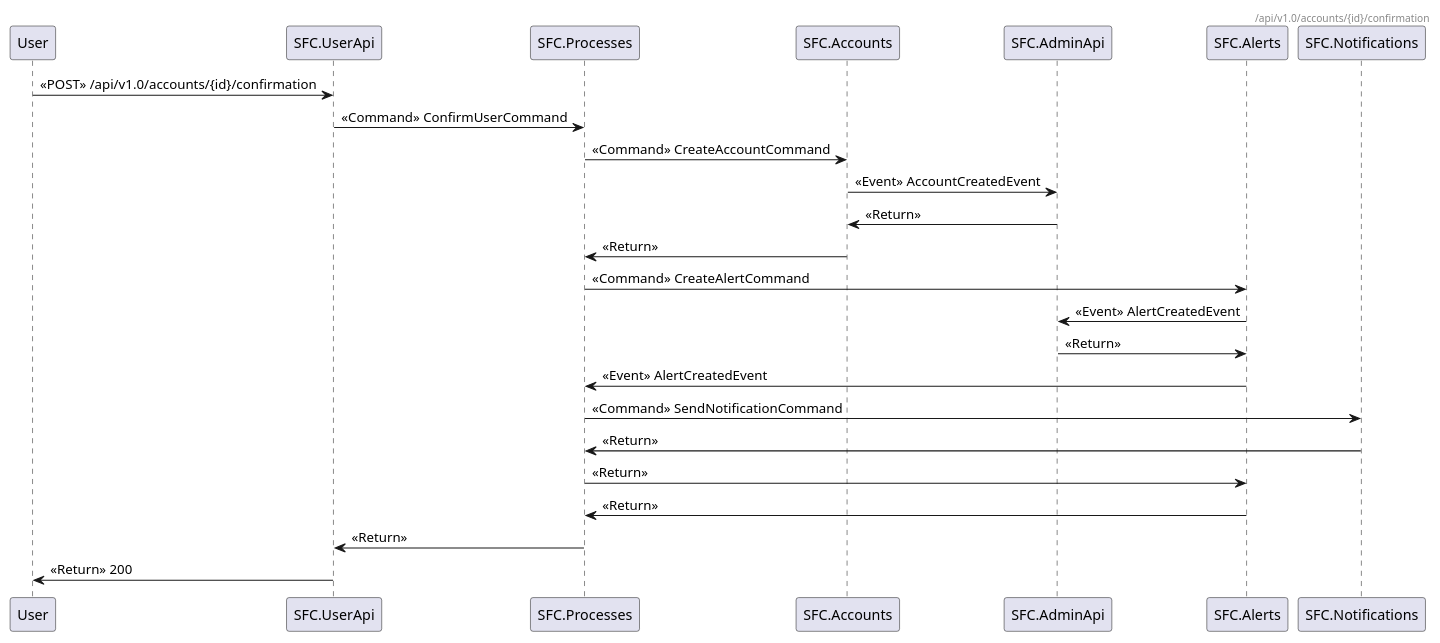
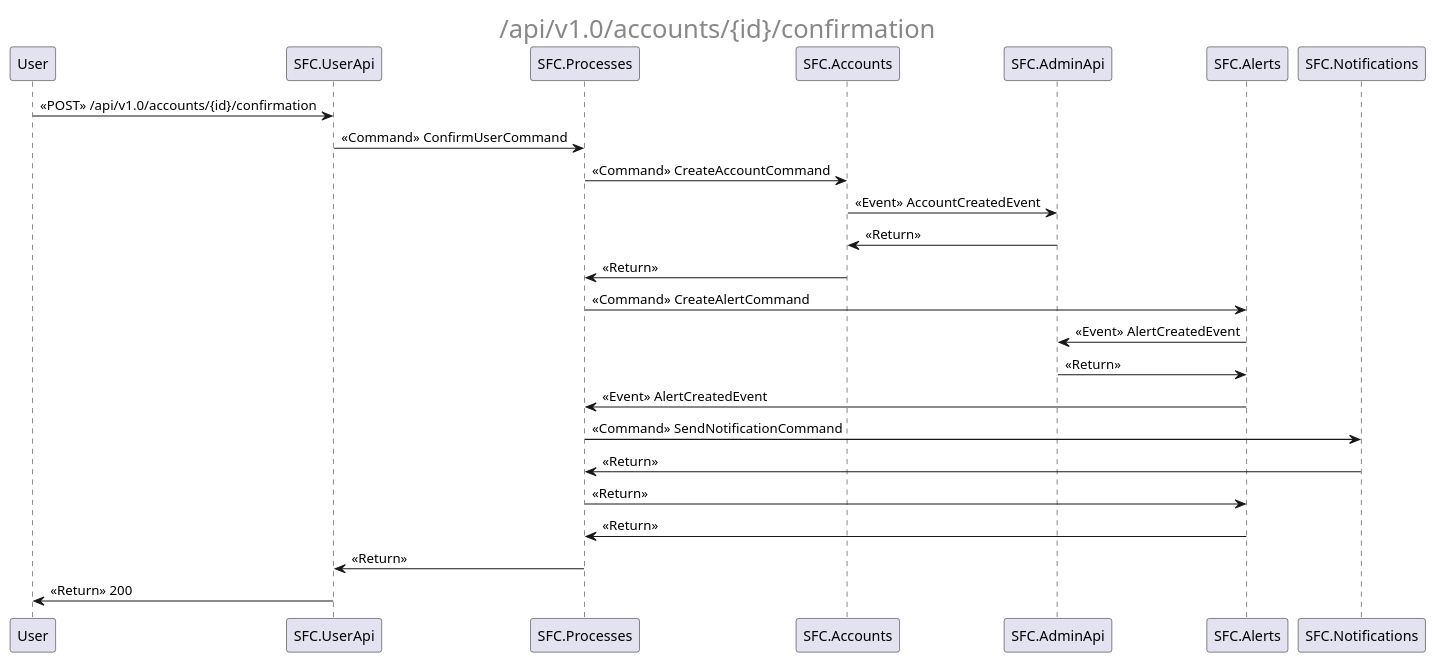
One commit to mr0zek/SmogFightClub changed the diagram in docs/ArchitectureDocumentation/_api_v1.0_accounts_{id}_confirmation.puml. Above: the diagram before and after it, drawn with PlantUML. The commit also changed 9 other files, not shown here.

```diff
--- a/docs/ArchitectureDocumentation/_api_v1.0_accounts_{id}_confirmation.puml
+++ b/docs/ArchitectureDocumentation/_api_v1.0_accounts_{id}_confirmation.puml
@@ -1,19 +1,19 @@
 @startuml
-header /api/v1.0/accounts/{id}/confirmation
+center header <font size=25>/api/v1.0/accounts/{id}/confirmation</font>
 User -> SFC.UserApi : <<POST>> /api/v1.0/accounts/{id}/confirmation
 SFC.UserApi -> SFC.Processes : <<Command>> ConfirmUserCommand
 SFC.Processes -> SFC.Accounts : <<Command>> CreateAccountCommand
 SFC.Accounts -> SFC.AdminApi : <<Event>> AccountCreatedEvent
 SFC.AdminApi -> SFC.Accounts : <<Return>> 
 SFC.Accounts -> SFC.Processes : <<Return>> 
 SFC.Processes -> SFC.Alerts : <<Command>> CreateAlertCommand
 SFC.Alerts -> SFC.AdminApi : <<Event>> AlertCreatedEvent
 SFC.AdminApi -> SFC.Alerts : <<Return>> 
 SFC.Alerts -> SFC.Processes : <<Event>> AlertCreatedEvent
 SFC.Processes -> SFC.Notifications : <<Command>> SendNotificationCommand
 SFC.Notifications -> SFC.Processes : <<Return>> 
 SFC.Processes -> SFC.Alerts : <<Return>> 
 SFC.Alerts -> SFC.Processes : <<Return>> 
 SFC.Processes -> SFC.UserApi : <<Return>> 
 SFC.UserApi -> User: <<Return>> 200
 @enduml
```
